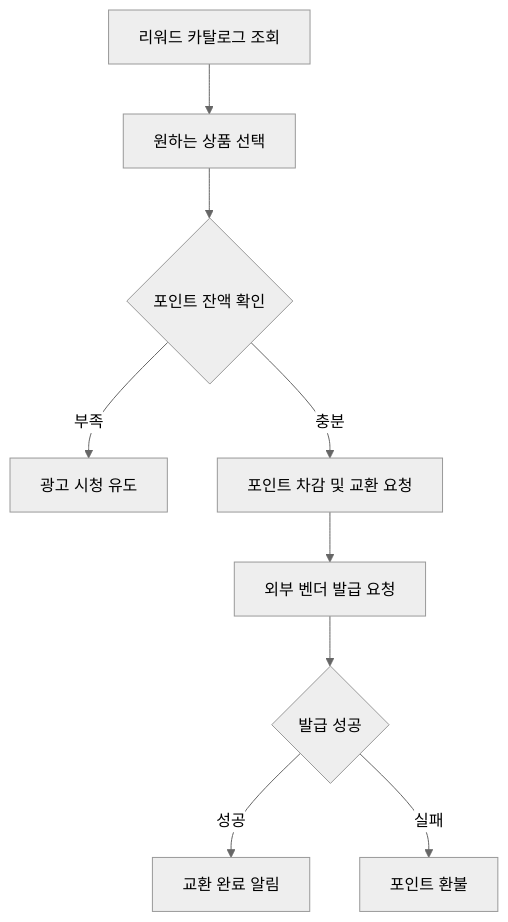
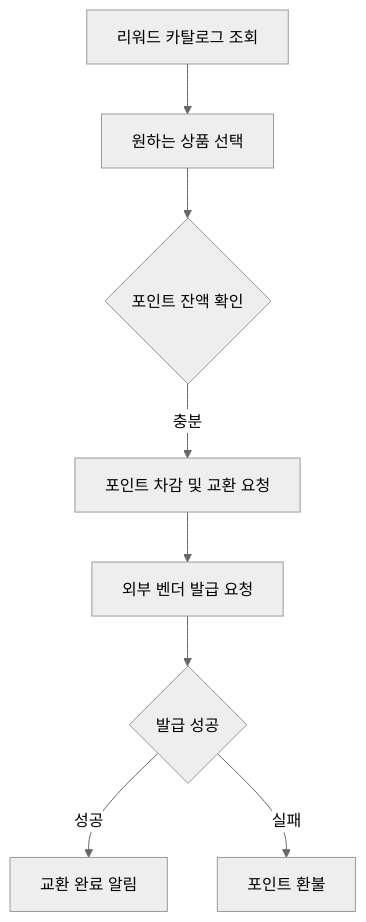
One commit to jaewoong2/stock_ox_predict changed the fourth of 4 diagrams in docs/service_flow.md. Above: the diagram before and after it, drawn with Mermaid (neutral theme). The commit also changed other lines of this file and 48 other files, not shown here.

````diff
--- a/docs/service_flow.md
+++ b/docs/service_flow.md
@@ -119,11 +162,10 @@
 ```mermaid
 graph TD
     A[리워드 카탈로그 조회] --> B[원하는 상품 선택]
     B --> C{포인트 잔액 확인}
-    C -->|부족| D[광고 시청 유도]
     C -->|충분| E[포인트 차감 및 교환 요청]
     E --> F[외부 벤더 발급 요청]
     F --> G{발급 성공}
     G -->|성공| H[교환 완료 알림]
     G -->|실패| I[포인트 환불]
 ```
````
